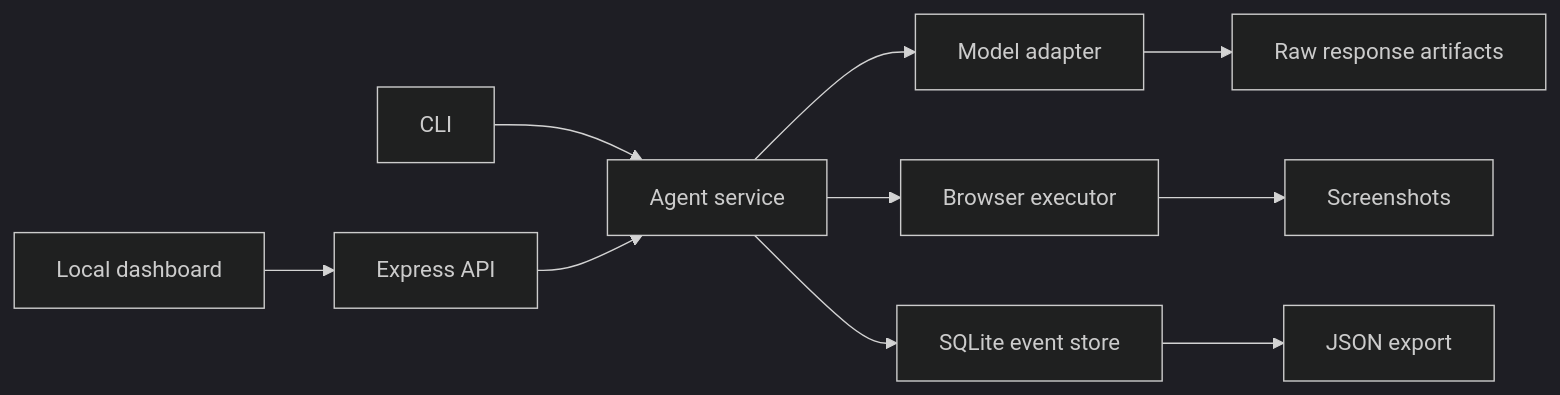
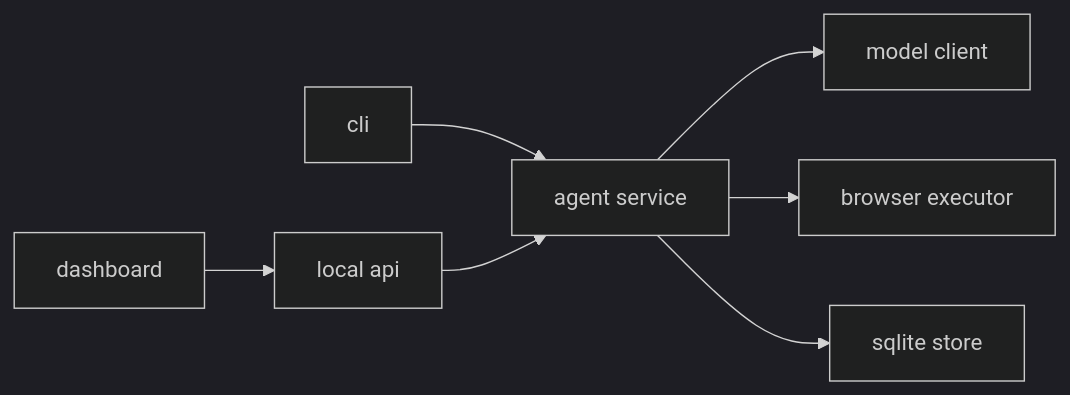
One commit to jeffbai996/computer-using-agent changed the diagram in README.md. Above: the diagram before and after it, drawn with Mermaid (dark theme). The commit also changed other lines of this file, not shown here.

````diff
--- a/README.md
+++ b/README.md
@@ -279,12 +114,9 @@
 ```mermaid
 flowchart LR
-  CLI["CLI"] --> Agent["Agent service"]
-  Dashboard["Local dashboard"] --> API["Express API"]
-  API --> Agent
-  Agent --> Model["Model adapter"]
-  Agent --> Browser["Browser executor"]
-  Agent --> Store["SQLite event store"]
-  Browser --> Artifacts["Screenshots"]
-  Model --> Raw["Raw response artifacts"]
-  Store --> Export["JSON export"]
+  cli["cli"] --> agent["agent service"]
+  dash["dashboard"] --> api["local api"]
+  api --> agent
+  agent --> model["model client"]
+  agent --> browser["browser executor"]
+  agent --> store["sqlite store"]
 ```
````
